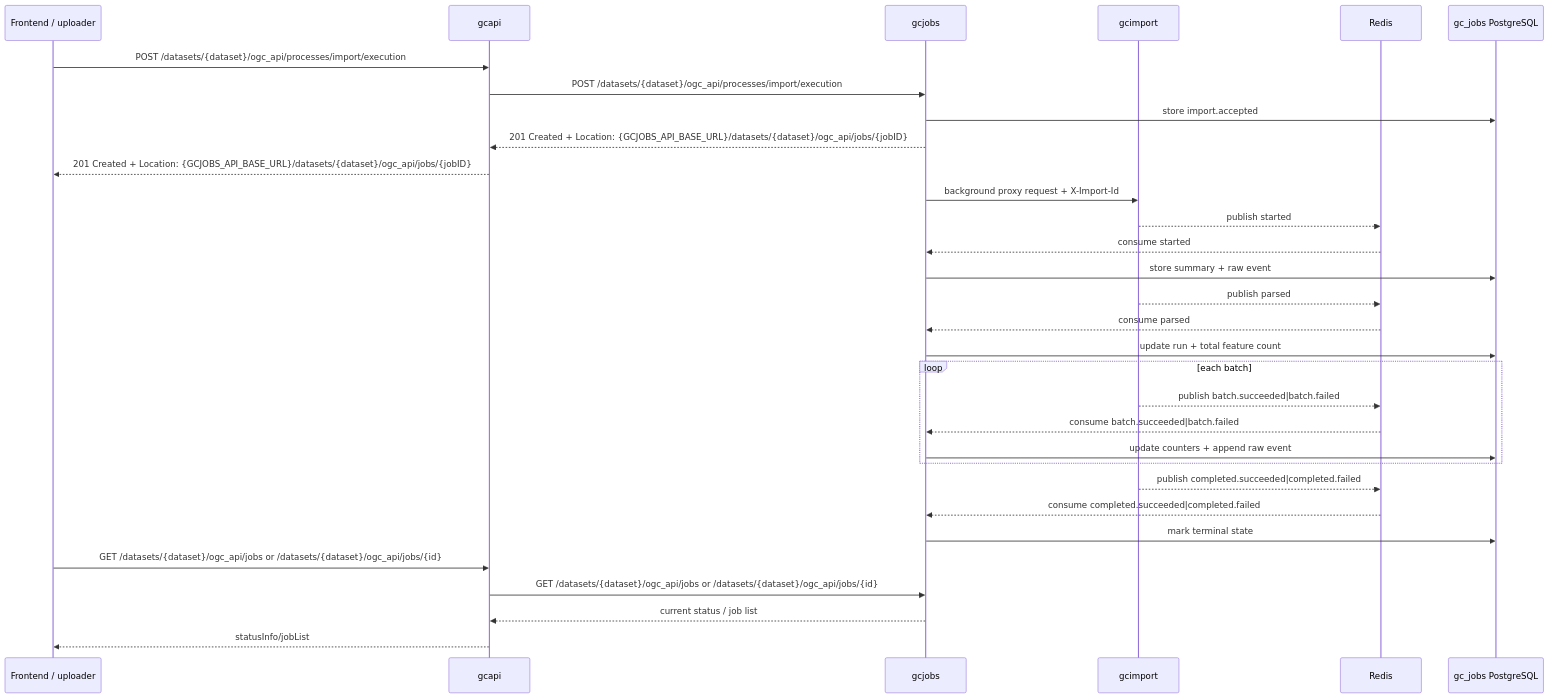
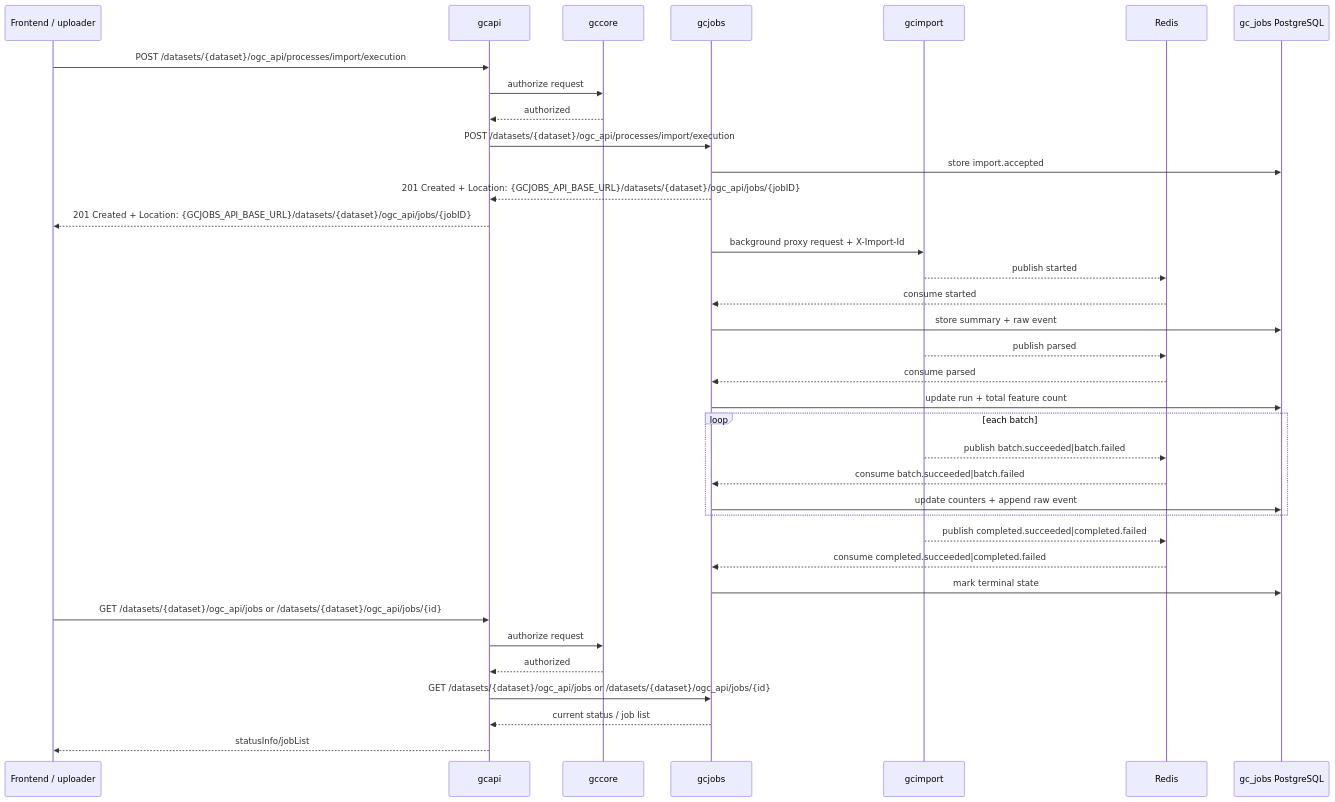
One commit to kartverket/topografisk-gdb-api changed diagram 11 of 13 in docs/ARCHITECTURE.md. Above: the diagram before and after it, drawn with Mermaid. The commit also changed other lines of this file and 12 other files, not shown here.

````diff
--- a/docs/ARCHITECTURE.md
+++ b/docs/ARCHITECTURE.md
@@ -334,37 +417,42 @@
 ```mermaid
 sequenceDiagram
   participant FE as Frontend / uploader
   participant A as gcapi
+  participant C as gccore
   participant J as gcjobs
   participant I as gcimport
   participant R as Redis
   participant JDB as gc_jobs PostgreSQL
 
   FE->>A: POST /datasets/{dataset}/ogc_api/processes/import/execution
+  A->>C: authorize request
+  C-->>A: authorized
   A->>J: POST /datasets/{dataset}/ogc_api/processes/import/execution
   J->>JDB: store import.accepted
   J-->>A: 201 Created + Location: {GCJOBS_API_BASE_URL}/datasets/{dataset}/ogc_api/jobs/{jobID}
   A-->>FE: 201 Created + Location: {GCJOBS_API_BASE_URL}/datasets/{dataset}/ogc_api/jobs/{jobID}
   J->>I: background proxy request + X-Import-Id
   I-->>R: publish started
   R-->>J: consume started
   J->>JDB: store summary + raw event
 
   I-->>R: publish parsed
   R-->>J: consume parsed
   J->>JDB: update run + total feature count
 
   loop each batch
     I-->>R: publish batch.succeeded|batch.failed
     R-->>J: consume batch.succeeded|batch.failed
     J->>JDB: update counters + append raw event
   end
 
   I-->>R: publish completed.succeeded|completed.failed
   R-->>J: consume completed.succeeded|completed.failed
   J->>JDB: mark terminal state
   FE->>A: GET /datasets/{dataset}/ogc_api/jobs or /datasets/{dataset}/ogc_api/jobs/{id}
+  A->>C: authorize request
+  C-->>A: authorized
   A->>J: GET /datasets/{dataset}/ogc_api/jobs or /datasets/{dataset}/ogc_api/jobs/{id}
   J-->>A: current status / job list
   A-->>FE: statusInfo/jobList
 ```
````
